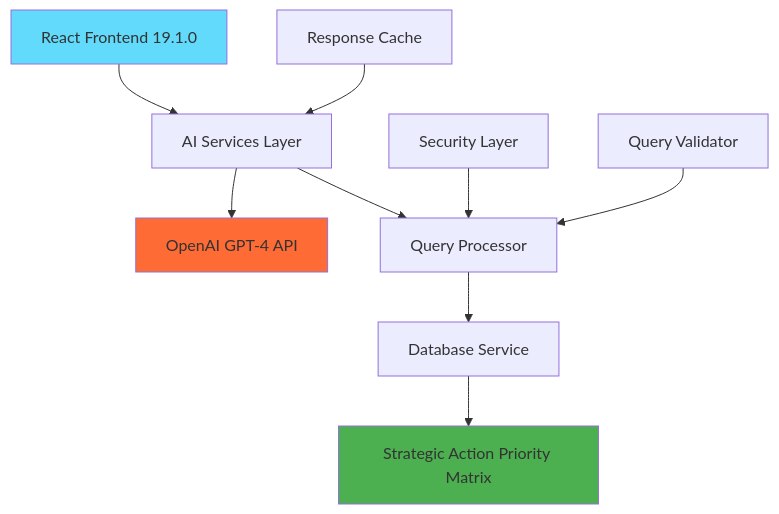
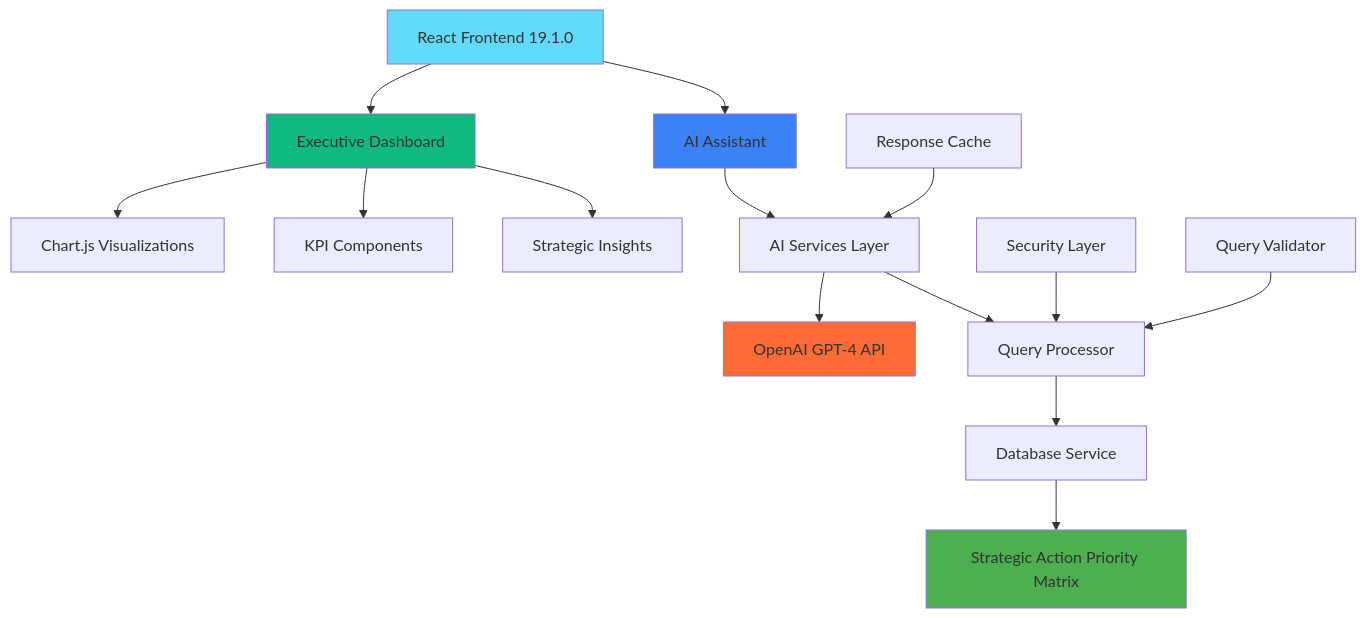
The diagram in README.md (myownipgit/strategic-procurement-ai-chatbot), drawn with Mermaid before and after one commit. The commit also changed other lines of this file, not shown here.

First line of the commit message:
docs: Update README with Executive Dashboard features and enhanced security documentation

````diff
--- a/README.md
+++ b/README.md
@@ -46,16 +91,26 @@
 ```mermaid
 graph TB
-    A[React Frontend 19.1.0] --> B[AI Services Layer]
-    B --> C[OpenAI GPT-4 API]
-    B --> D[Query Processor]
-    D --> E[Database Service]
-    E --> F[Strategic Action Priority Matrix]
+    A[React Frontend 19.1.0] --> B[Executive Dashboard]
+    A --> C[AI Assistant]
     
-    G[Security Layer] --> D
-    H[Response Cache] --> B
-    I[Query Validator] --> D
+    B --> D[Chart.js Visualizations]
+    B --> E[KPI Components]
+    B --> F[Strategic Insights]
+    
+    C --> G[AI Services Layer]
+    G --> H[OpenAI GPT-4 API]
+    G --> I[Query Processor]
+    
+    I --> J[Database Service]
+    J --> K[Strategic Action Priority Matrix]
+    
+    L[Security Layer] --> I
+    M[Response Cache] --> G
+    N[Query Validator] --> I
     
     style A fill:#61dafb
-    style C fill:#ff6b35
-    style F fill:#4caf50
+    style B fill:#10b981
+    style C fill:#3b82f6
+    style H fill:#ff6b35
+    style K fill:#4caf50
 ```
````
